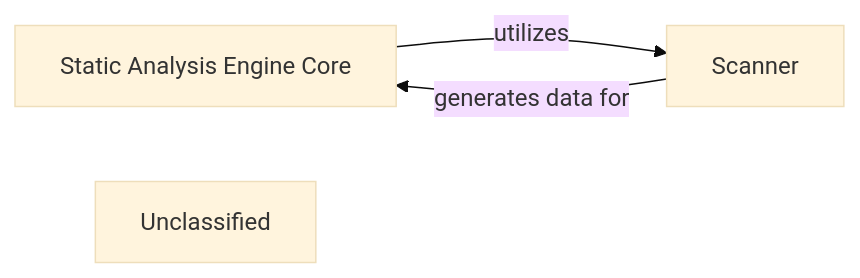
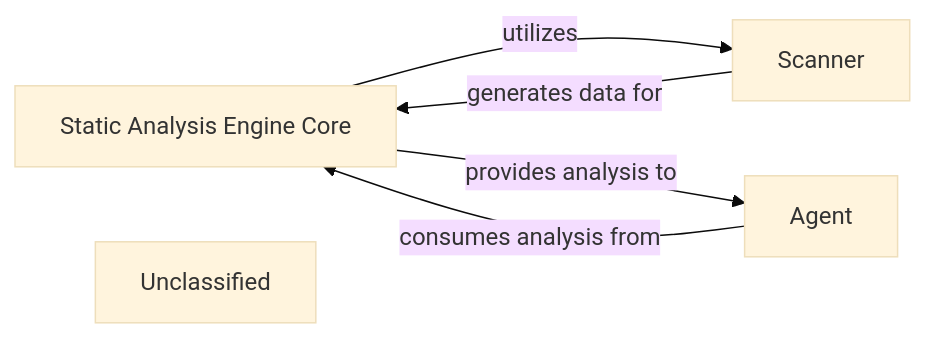
Before and after one commit to CodeBoarding/CodeBoarding: the diagram in .codeboarding/Static_Analysis_Engine.md, drawn with Mermaid (base theme). The commit also changed other lines of this file and 19 other files, not shown here.

First line of the commit message:
docs: update codeboarding documentation and generate architecture

````diff
--- a/.codeboarding/Static_Analysis_Engine.md
+++ b/.codeboarding/Static_Analysis_Engine.md
@@ -1,8 +1,11 @@
 ```mermaid
 graph LR
     Static_Analysis_Engine_Core["Static Analysis Engine Core"]
     Scanner["Scanner"]
+    Agent["Agent"]
     Unclassified["Unclassified"]
     Static_Analysis_Engine_Core -- "utilizes" --> Scanner
+    Static_Analysis_Engine_Core -- "provides analysis to" --> Agent
     Scanner -- "generates data for" --> Static_Analysis_Engine_Core
+    Agent -- "consumes analysis from" --> Static_Analysis_Engine_Core
 ```
````
